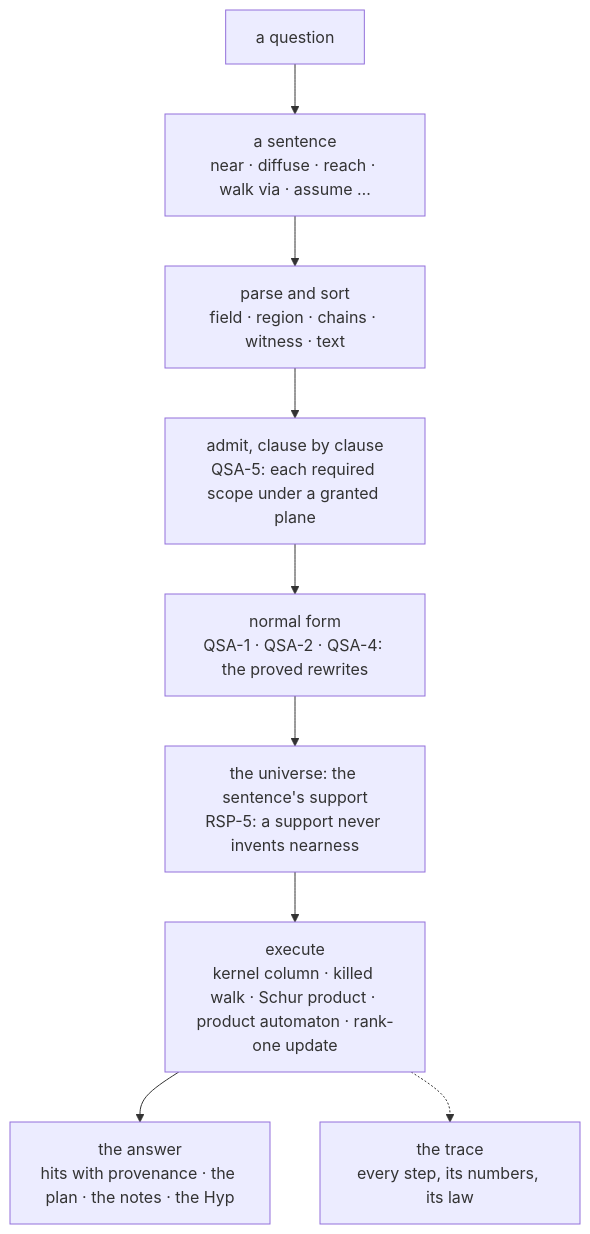
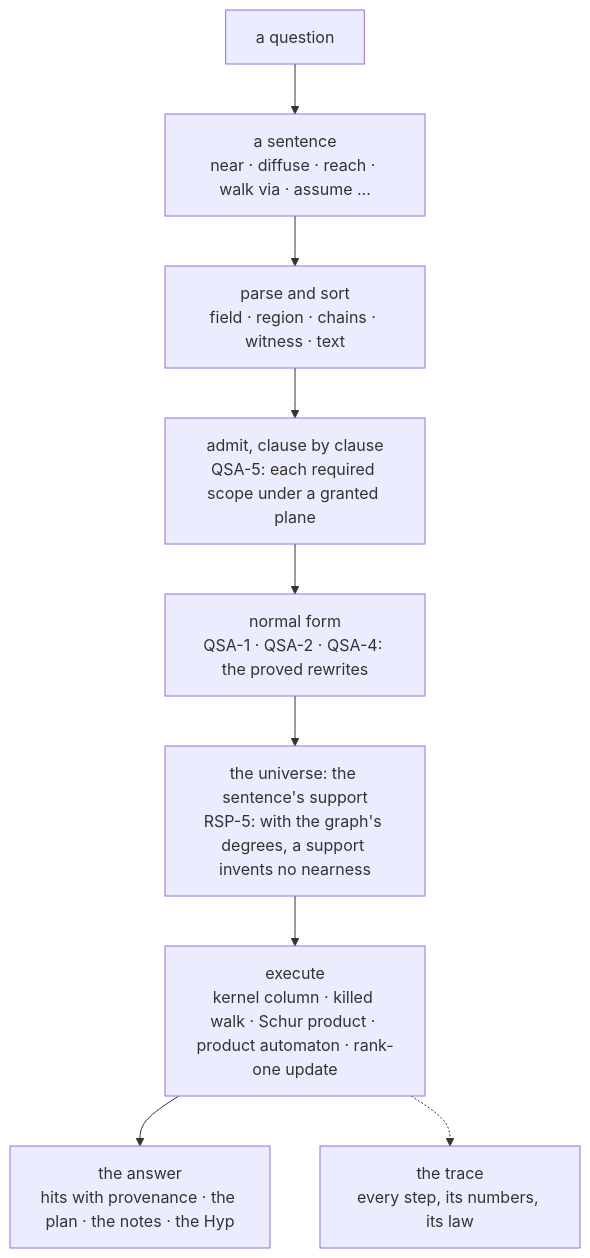
The first of 3 diagrams in README.md (ascalva/mind-palace), drawn with Mermaid before and after one commit. The commit also changed other lines of this file and 3 other files, not shown here.

First line of the commit message:
fix(sentence): as of says what reads the present; RSP-5 claimed with its conditions

````diff
--- a/README.md
+++ b/README.md
@@ -40,11 +40,11 @@
 ```mermaid
 flowchart TB
   Q["a question"] --> S["a sentence<br/>near · diffuse · reach · walk via · assume …"]
   S --> P["parse and sort<br/>field · region · chains · witness · text"]
   P --> A["admit, clause by clause<br/>QSA-5: each required scope under a granted plane"]
   A --> N["normal form<br/>QSA-1 · QSA-2 · QSA-4: the proved rewrites"]
-  N --> U["the universe: the sentence's support<br/>RSP-5: a support never invents nearness"]
+  N --> U["the universe: the sentence's support<br/>RSP-5: with the graph's degrees, a support invents no nearness"]
   U --> E["execute<br/>kernel column · killed walk · Schur product · product automaton · rank-one update"]
   E --> R["the answer<br/>hits with provenance · the plan · the notes · the Hyp"]
   E -.-> T["the trace<br/>every step, its numbers, its law"]
 ```
````
